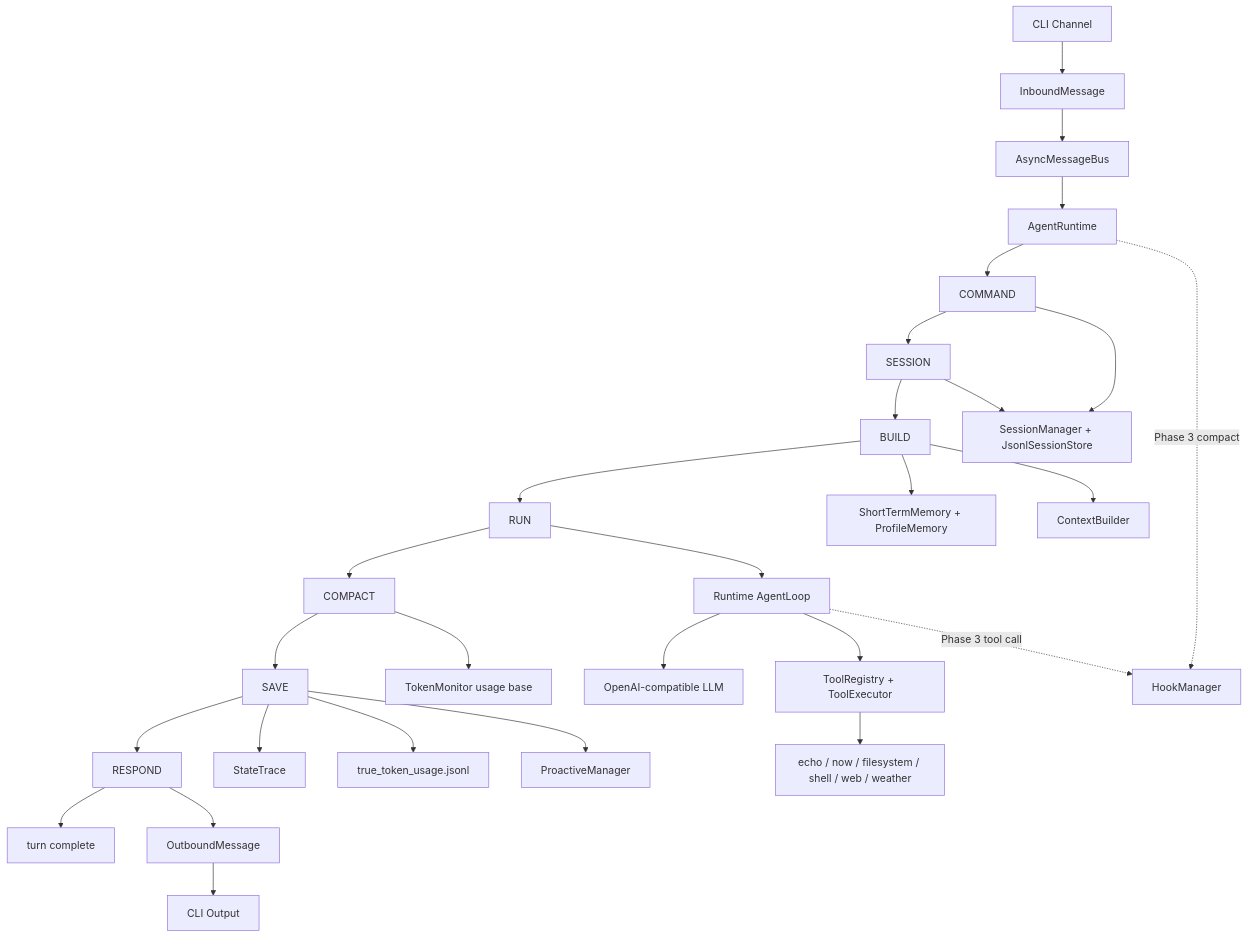
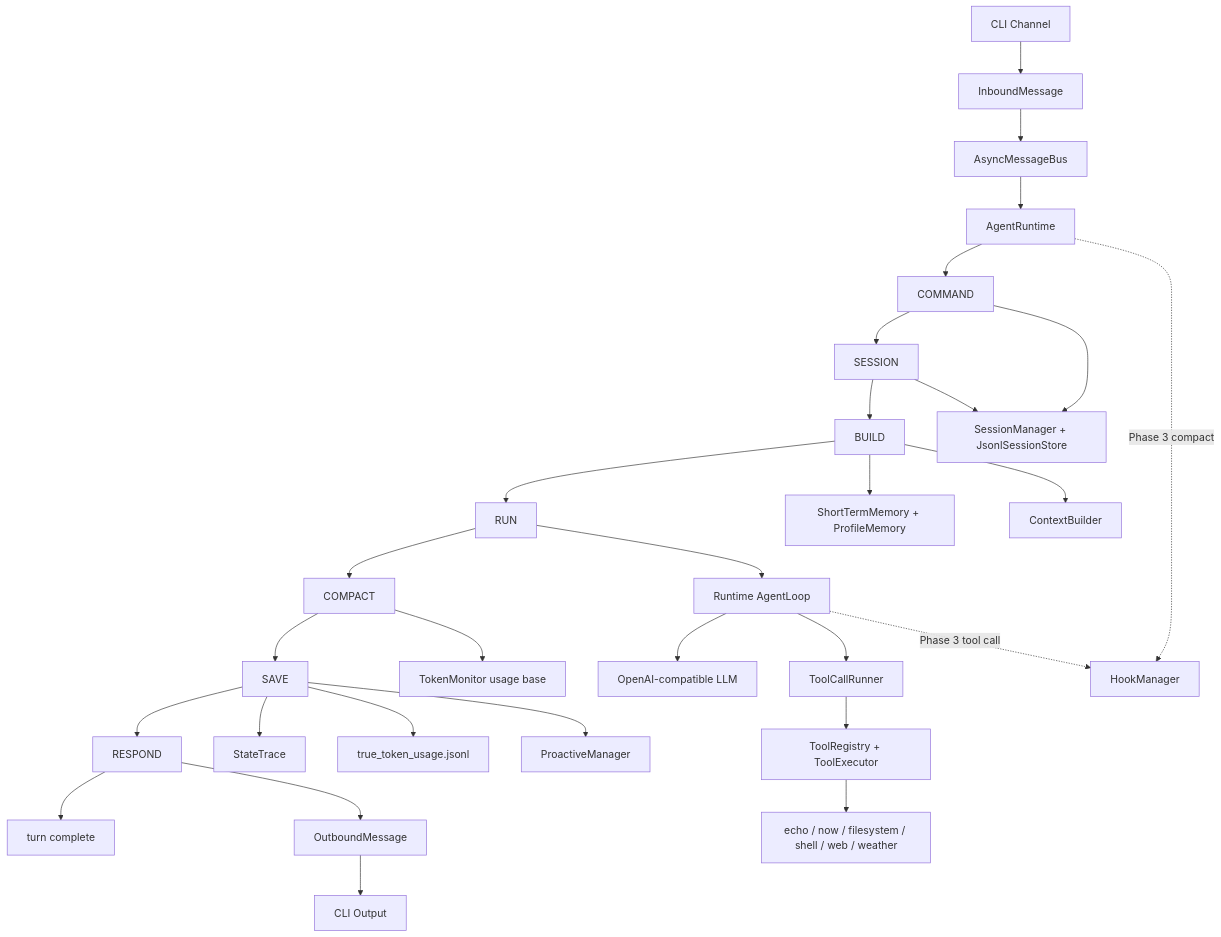
One commit to neystan/Turning-Good-Agent changed the diagram in README.md. Above: the diagram before and after it, drawn with Mermaid. The commit also changed other lines of this file, not shown here.

````diff
--- a/README.md
+++ b/README.md
@@ -84,36 +84,37 @@
 ```mermaid
 flowchart TD
     CLI[CLI Channel] --> Inbound[InboundMessage]
     Inbound --> Bus[AsyncMessageBus]
     Bus --> Runtime[AgentRuntime]
 
     Runtime --> Command[COMMAND]
     Command --> Session[SESSION]
     Session --> Build[BUILD]
     Build --> Run[RUN]
     Run --> Compact[COMPACT]
     Compact --> Save[SAVE]
     Save --> Respond[RESPOND]
     Respond --> End[turn complete]
 
     Command --> SessionStore[SessionManager + JsonlSessionStore]
     Session --> SessionStore
     Build --> Memory[ShortTermMemory + ProfileMemory]
     Build --> Context[ContextBuilder]
 
     Run --> AgentLoop[Runtime AgentLoop]
     AgentLoop --> LLM[OpenAI-compatible LLM]
-    AgentLoop --> Tools[ToolRegistry + ToolExecutor]
+    AgentLoop --> ToolRunner[ToolCallRunner]
+    ToolRunner --> Tools[ToolRegistry + ToolExecutor]
     Tools --> Builtins[echo / now / filesystem / shell / web / weather]
 
     Runtime -. Phase 3 compact .-> Hooks[HookManager]
     AgentLoop -. Phase 3 tool call .-> Hooks
 
     Compact --> Token[TokenMonitor usage base]
     Save --> Trace[StateTrace]
     Save --> TokenUsage[true_token_usage.jsonl]
     Save --> Proactive[ProactiveManager]
 
     Respond --> Outbound[OutboundMessage]
     Outbound --> CLIOut[CLI Output]
 ```
````
